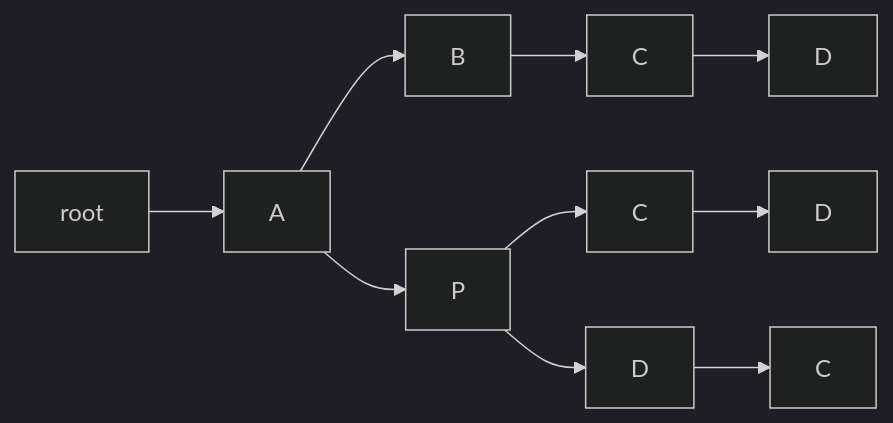
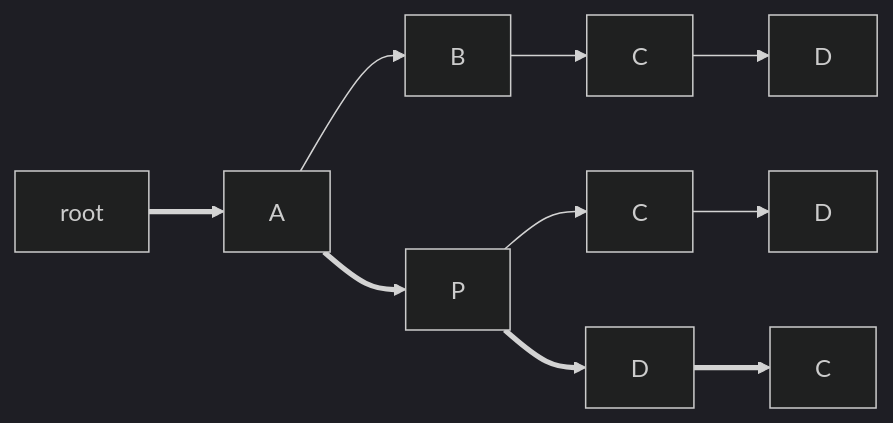
Before and after one commit to vedph/gve-doc: the fourth of 16 diagrams in model/export-tree.md, drawn with Mermaid (dark theme). The commit also changed other lines of this file, not shown here.

````diff
--- a/model/export-tree.md
+++ b/model/export-tree.md
@@ -77,13 +77,13 @@
 ```mermaid
 graph LR;
 
-root --> A
+root ==> A
 A --> B
 B --> C
 C --> D6[D]
-A --> P
+A ==> P
 P --> C5
 C5[C] --> D5[D]
-P --> D4[D]
-D4 --> C4[C]
+P ==> D4[D]
+D4 ==> C4[C]
 ```
````
